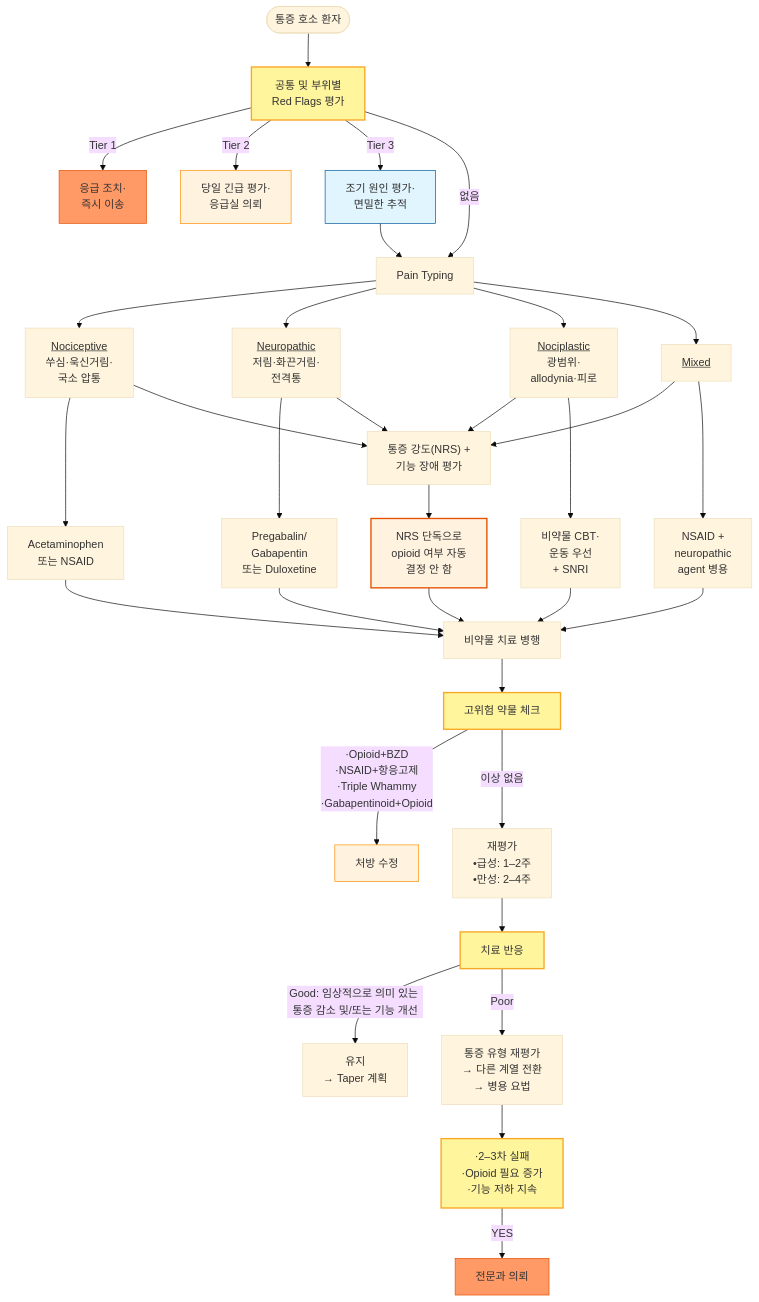
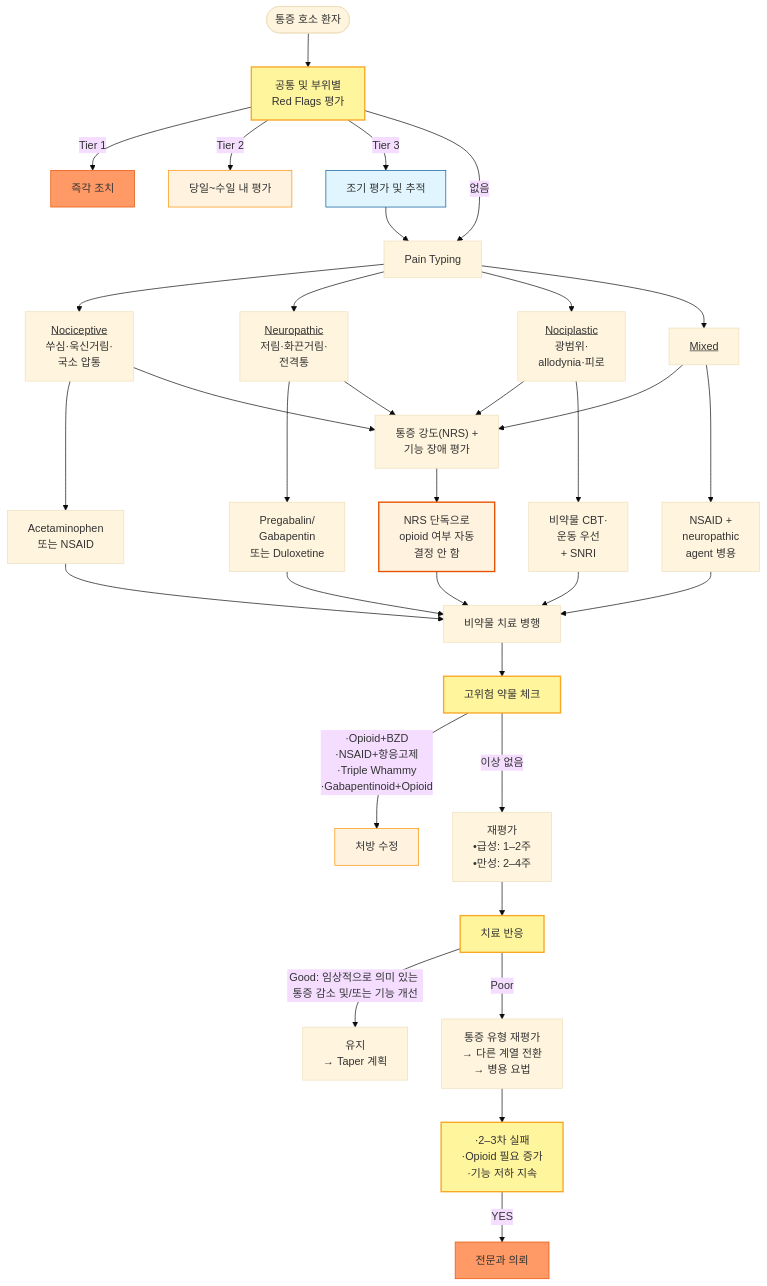
One commit to familyoh77/familyoh77 changed the first of 2 diagrams in 220_/001_-pain.md. Above: the diagram before and after it, drawn with Mermaid (base theme). The commit also changed other lines of this file, not shown here.

````diff
--- a/220_/001_-pain.md
+++ b/220_/001_-pain.md
@@ -146,38 +146,38 @@
 ```mermaid
 flowchart TD
     A([통증 호소 환자]) --> B[공통 및 부위별\nRed Flags 평가]
-    B -->|Tier 1| C[응급 조치·\n즉시 이송]
-    B -->|Tier 2| C2[당일 긴급 평가·\n응급실 의뢰]
-    B -->|Tier 3| C3[조기 원인 평가·\n면밀한 추적]
+    B -->|Tier 1| C[즉각 조치]
+    B -->|Tier 2| C2[당일~수일 내 평가]
+    B -->|Tier 3| C3[조기 평가 및 추적]
     B -->|없음| D[Pain Typing]
     C3 --> D
     D --> D1[<u>Nociceptive</u>\n쑤심·욱신거림·\n국소 압통]
     D --> D2[<u>Neuropathic</u>\n저림·화끈거림·\n전격통]
     D --> D3[<u>Nociplastic</u>\n광범위·\nallodynia·피로]
     D --> D4[<u>Mixed</u>]
     D1 --> F1[Acetaminophen \n또는 NSAID]
     D2 --> G1[Pregabalin/\nGabapentin\n또는 Duloxetine]
     D1 & D2 & D3 & D4 --> E["통증 강도(NRS) +\n 기능 장애 평가"]
     E --> E0["NRS 단독으로 \nopioid 여부 자동 \n결정 안 함"]
     D3 --> G2[비약물 CBT·\n운동 우선\n+ SNRI]
     D4 --> F2[NSAID +\nneuropathic \nagent 병용]
     E0 & F1 & G1 & G2 & F2 --> H[비약물 치료 병행]
     H --> I[고위험 약물 체크]
     I --> |"·Opioid+BZD\n·NSAID+항응고제\n·Triple Whammy\n·Gabapentinoid+Opioid"| J[처방 수정]
     I -->|"이상 없음"| K[재평가\n•급성: 1–2주\n•만성: 2–4주]
     K --> L[치료 반응]
     L -->|Good: 임상적으로 의미 있는 통증 감소 및/또는 기능 개선| M[유지 \n→ Taper 계획]
     L -->|Poor| N[통증 유형 재평가\n→ 다른 계열 전환\n→ 병용 요법]
     N --> O[·2–3차 실패\n·Opioid 필요 증가\n·기능 저하 지속]
     O -->|YES| P[전문과 의뢰]
     style C fill:#f96,stroke:#e65100
     style C2 fill:#fff3e0,stroke:#ff8f00
     style C3 fill:#e1f5fe,stroke:#01579b
     style P fill:#f96,stroke:#e65100
     style J fill:#fff3e0,stroke:#ff8f00
     style E0 fill:#fff3e0,stroke:#e65100,stroke-width:2px
     style B fill:#fff59d,stroke:#f9a825,stroke-width:2px
     style I fill:#fff59d,stroke:#f9a825,stroke-width:2px
     style L fill:#fff59d,stroke:#f9a825,stroke-width:2px
     style O fill:#fff59d,stroke:#f9a825,stroke-width:2px
 ```
````
